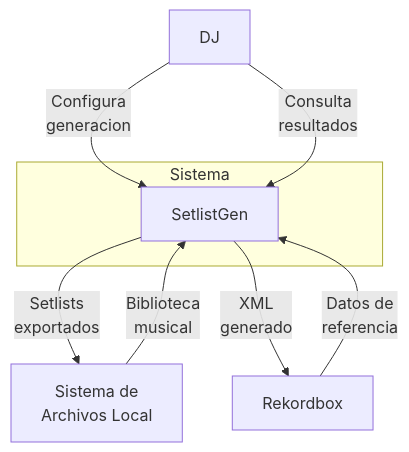
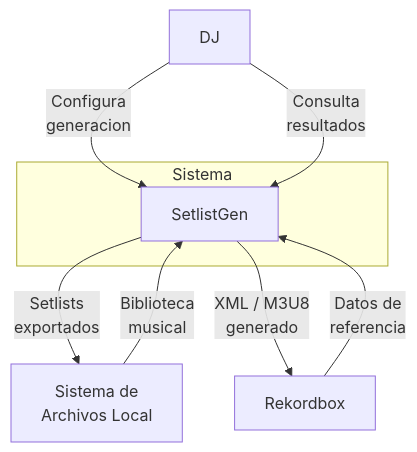
One commit to pabloo806/Trabajo-de-Fin-de-Grado changed the first of 4 diagrams in docs/requirements/requirements.md. Above: the diagram before and after it, drawn with Mermaid. The commit also changed other lines of this file, not shown here.

````diff
--- a/docs/requirements/requirements.md
+++ b/docs/requirements/requirements.md
@@ -44,21 +49,21 @@
 ```mermaid
 flowchart TB
 
     DJ[DJ]
 
     subgraph Sistema
         SG[SetlistGen]
     end
 
     FS[Sistema de<br/>Archivos Local]
     RB[Rekordbox]
 
     DJ -->|Configura<br/>generacion| SG
     DJ -->|Consulta<br/>resultados| SG
 
     FS -->|Biblioteca<br/>musical| SG
     SG -->|Setlists<br/>exportados| FS
 
-    SG -->|XML<br/>generado| RB
+    SG -->|XML / M3U8<br/>generado| RB
     RB -->|Datos de<br/>referencia| SG
 ```
````
